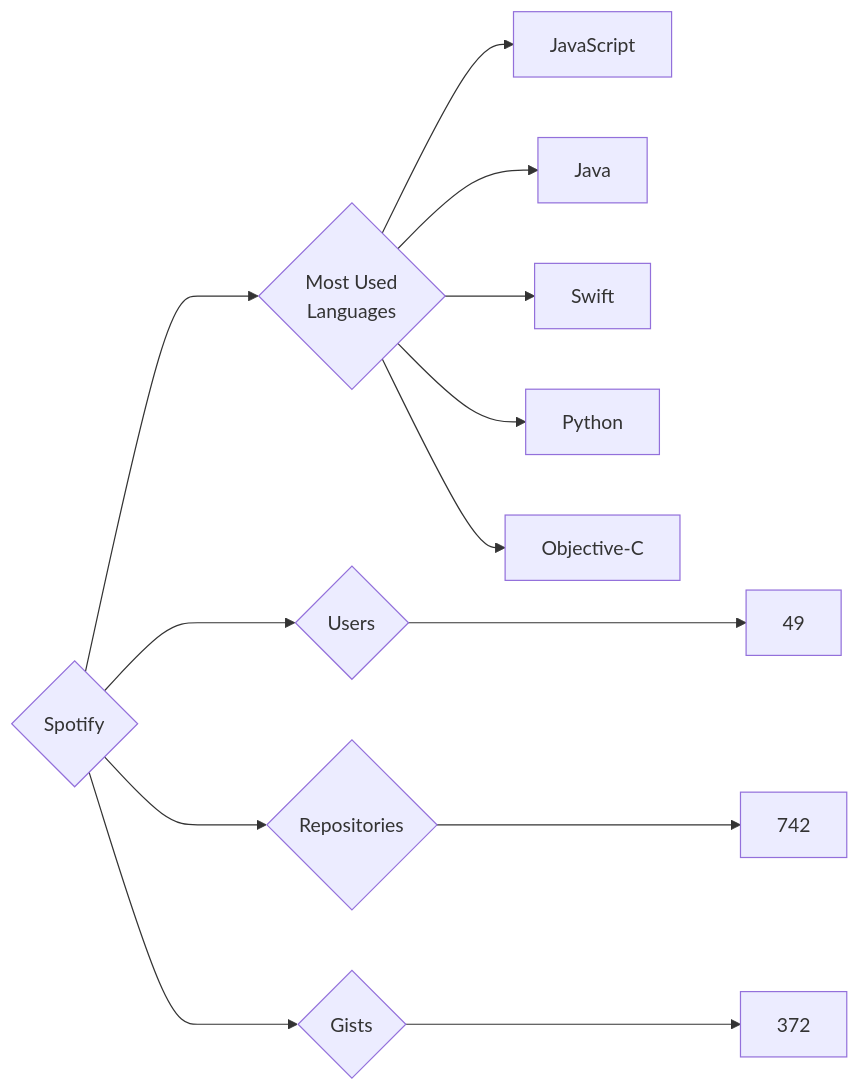
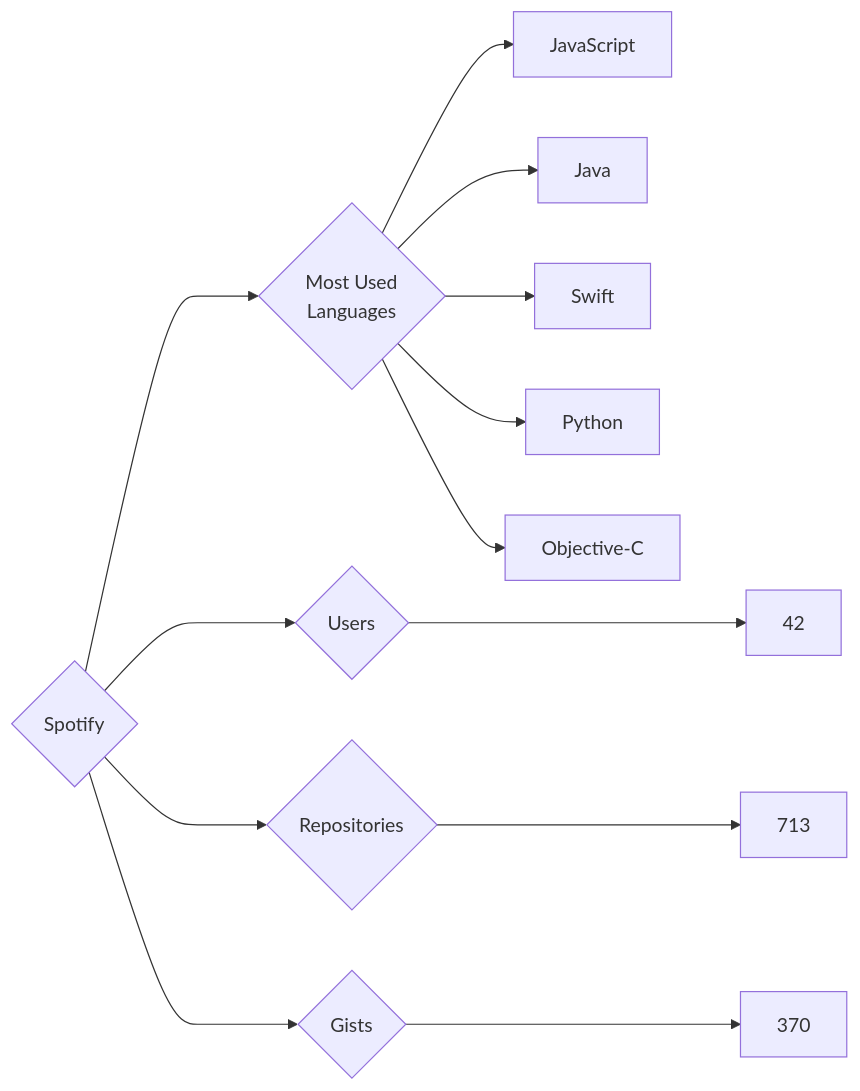
Before and after one commit to trickest/insiders: the diagram in targets/Spotify/README.md, drawn with Mermaid. The commit also changed 796 other files, not shown here.

````diff
--- a/targets/Spotify/README.md
+++ b/targets/Spotify/README.md
@@ -3,13 +3,13 @@
 ```mermaid
 graph LR
 COMPANY_NAME{Spotify}
-COMPANY_NAME ---> U{Users} ---> UN[49]
-COMPANY_NAME ---> R{Repositories} ---> RN[742]
-COMPANY_NAME ---> G{Gists} ---> GN[372]
+COMPANY_NAME ---> U{Users} ---> UN[42]
+COMPANY_NAME ---> R{Repositories} ---> RN[713]
+COMPANY_NAME ---> G{Gists} ---> GN[370]
 COMPANY_NAME ---> ML{Most Used<br>Languages}
 ML --> JavaScript[JavaScript]
 ML --> Java[Java]
 ML --> Swift[Swift]
 ML --> Python[Python]
 ML --> Objective-C[Objective-C]
 ```
````
